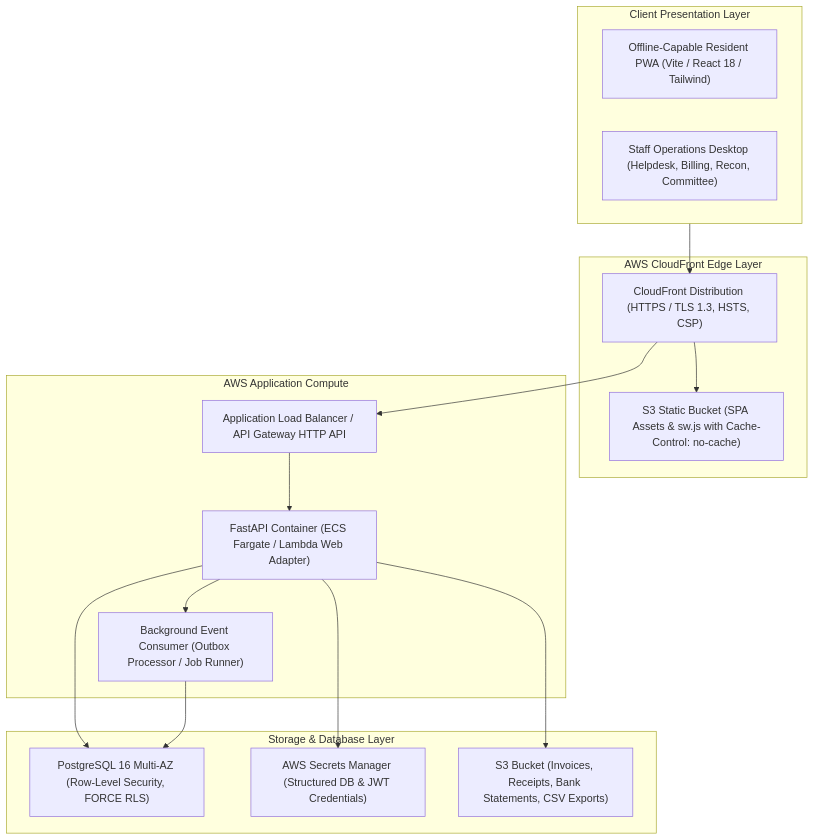
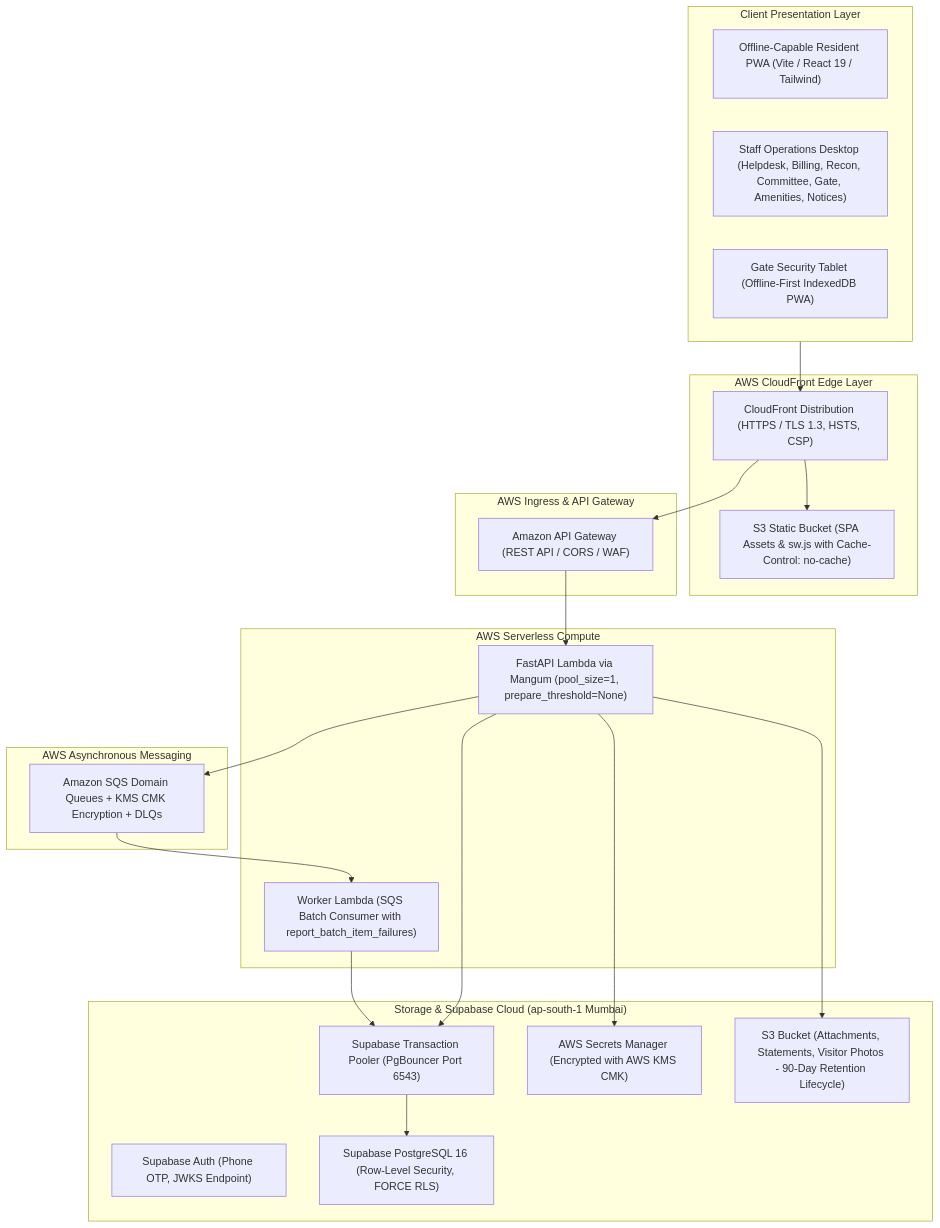
Before and after one commit to Bhaumik-99/isoswe: the diagram in deployment.md, drawn with Mermaid. The commit also changed other lines of this file and 5 other files, not shown here.

Commit message:
docs: align technical design document with phases 6-8 and Supabase AWS Lambda architecture

````diff
--- a/deployment.md
+++ b/deployment.md
@@ -11,34 +11,46 @@
 ```mermaid
 flowchart TD
     subgraph ClientTiers["Client Presentation Layer"]
-        PWA["Offline-Capable Resident PWA (Vite / React 18 / Tailwind)"]
-        StaffPortal["Staff Operations Desktop (Helpdesk, Billing, Recon, Committee)"]
+        PWA["Offline-Capable Resident PWA (Vite / React 19 / Tailwind)"]
+        StaffPortal["Staff Operations Desktop (Helpdesk, Billing, Recon, Committee, Gate, Amenities, Notices)"]
+        Tablet["Gate Security Tablet (Offline-First IndexedDB PWA)"]
     end
 
     subgraph EdgeCDN["AWS CloudFront Edge Layer"]
         CF["CloudFront Distribution (HTTPS / TLS 1.3, HSTS, CSP)"]
         S3Web["S3 Static Bucket (SPA Assets & sw.js with Cache-Control: no-cache)"]
     end
 
-    subgraph Compute["AWS Application Compute"]
-        ALB["Application Load Balancer / API Gateway HTTP API"]
-        FastAPIService["FastAPI Container (ECS Fargate / Lambda Web Adapter)"]
-        WorkerService["Background Event Consumer (Outbox Processor / Job Runner)"]
+    subgraph Ingress["AWS Ingress & API Gateway"]
+        APIGW["Amazon API Gateway (REST API / CORS / WAF)"]
     end
 
-    subgraph Persistence["Storage & Database Layer"]
-        RDS["PostgreSQL 16 Multi-AZ (Row-Level Security, FORCE RLS)"]
-        SecretsMgr["AWS Secrets Manager (Structured DB & JWT Credentials)"]
-        S3Docs["S3 Bucket (Invoices, Receipts, Bank Statements, CSV Exports)"]
+    subgraph Compute["AWS Serverless Compute"]
+        FastAPILambda["FastAPI Lambda via Mangum (pool_size=1, prepare_threshold=None)"]
+        WorkerLambda["Worker Lambda (SQS Batch Consumer with report_batch_item_failures)"]
+    end
+
+    subgraph SQSQueues["AWS Asynchronous Messaging"]
+        Q["Amazon SQS Domain Queues + KMS CMK Encryption + DLQs"]
+    end
+
+    subgraph Persistence["Storage & Supabase Cloud (ap-south-1 Mumbai)"]
+        SupabaseAuth["Supabase Auth (Phone OTP, JWKS Endpoint)"]
+        TxPooler["Supabase Transaction Pooler (PgBouncer Port 6543)"]
+        PostgreSQL["Supabase PostgreSQL 16 (Row-Level Security, FORCE RLS)"]
+        TxPooler --> PostgreSQL
+        SecretsMgr["AWS Secrets Manager (Encrypted with AWS KMS CMK)"]
+        S3Docs["S3 Bucket (Attachments, Statements, Visitor Photos - 90-Day Retention Lifecycle)"]
     end
 
     ClientTiers --> CF
     CF --> S3Web
-    CF --> ALB
-    ALB --> FastAPIService
-    FastAPIService --> RDS
-    FastAPIService --> SecretsMgr
-    FastAPIService --> S3Docs
-    FastAPIService --> WorkerService
-    WorkerService --> RDS
+    CF --> APIGW
+    APIGW --> FastAPILambda
+    FastAPILambda --> TxPooler
+    FastAPILambda --> SecretsMgr
+    FastAPILambda --> S3Docs
+    FastAPILambda --> Q
+    Q --> WorkerLambda
+    WorkerLambda --> TxPooler
 ```
````
